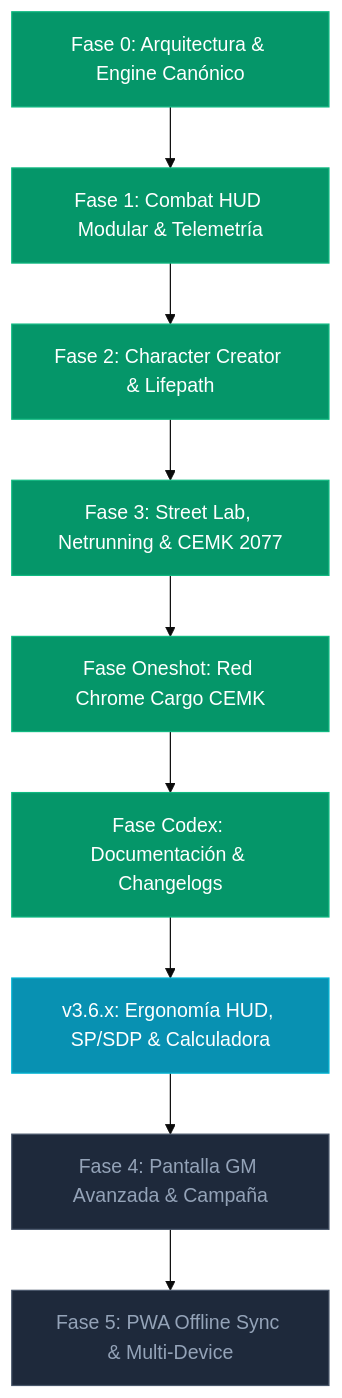
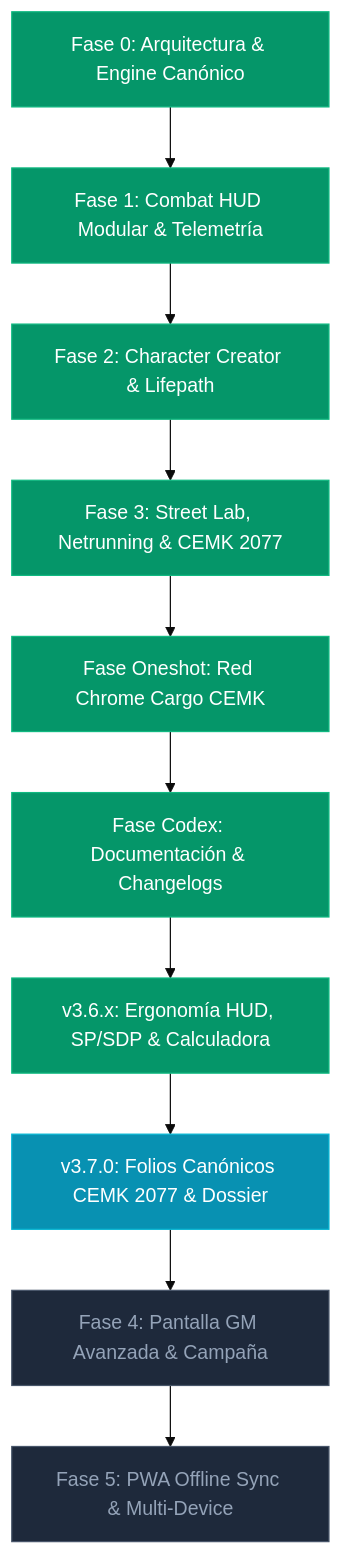
Before and after one commit to Notefuk/Cyberpunk-: the diagram in PROJECT_STATUS_AND_ROADMAP.md, drawn with Mermaid (base theme). The commit also changed other lines of this file and 15 other files, not shown here.

Commit message:
v3.7.0 Official CEMK 2077 Character Folios (7 Edgerunners, 66 Skills, PNG Tokens & Power/Smart/Tech Arsenal)

````diff
--- a/PROJECT_STATUS_AND_ROADMAP.md
+++ b/PROJECT_STATUS_AND_ROADMAP.md
@@ -41,21 +42,23 @@
 ```mermaid
 flowchart TD
     F0[Fase 0: Arquitectura & Engine Canónico] --> F1[Fase 1: Combat HUD Modular & Telemetría]
     F1 --> F2[Fase 2: Character Creator & Lifepath]
     F2 --> F3[Fase 3: Street Lab, Netrunning & CEMK 2077]
     F3 --> F_ONE[Fase Oneshot: Red Chrome Cargo CEMK]
     F_ONE --> F_CODEX[Fase Codex: Documentación & Changelogs]
     F_CODEX --> F_ERGO[v3.6.x: Ergonomía HUD, SP/SDP & Calculadora]
-    F_ERGO --> F4[Fase 4: Pantalla GM Avanzada & Campaña]
+    F_ERGO --> F_FOLIO[v3.7.0: Folios Canónicos CEMK 2077 & Dossier]
+    F_FOLIO --> F4[Fase 4: Pantalla GM Avanzada & Campaña]
     F4 --> F5[Fase 5: PWA Offline Sync & Multi-Device]
 
     style F0 fill:#059669,stroke:#10b981,color:#fff
     style F1 fill:#059669,stroke:#10b981,color:#fff
     style F2 fill:#059669,stroke:#10b981,color:#fff
     style F3 fill:#059669,stroke:#10b981,color:#fff
     style F_ONE fill:#059669,stroke:#10b981,color:#fff
     style F_CODEX fill:#059669,stroke:#10b981,color:#fff
-    style F_ERGO fill:#0891b2,stroke:#06b6d4,color:#fff
+    style F_ERGO fill:#059669,stroke:#10b981,color:#fff
+    style F_FOLIO fill:#0891b2,stroke:#06b6d4,color:#fff
     style F4 fill:#1e293b,stroke:#475569,color:#94a3b8
     style F5 fill:#1e293b,stroke:#475569,color:#94a3b8
 ```
````
